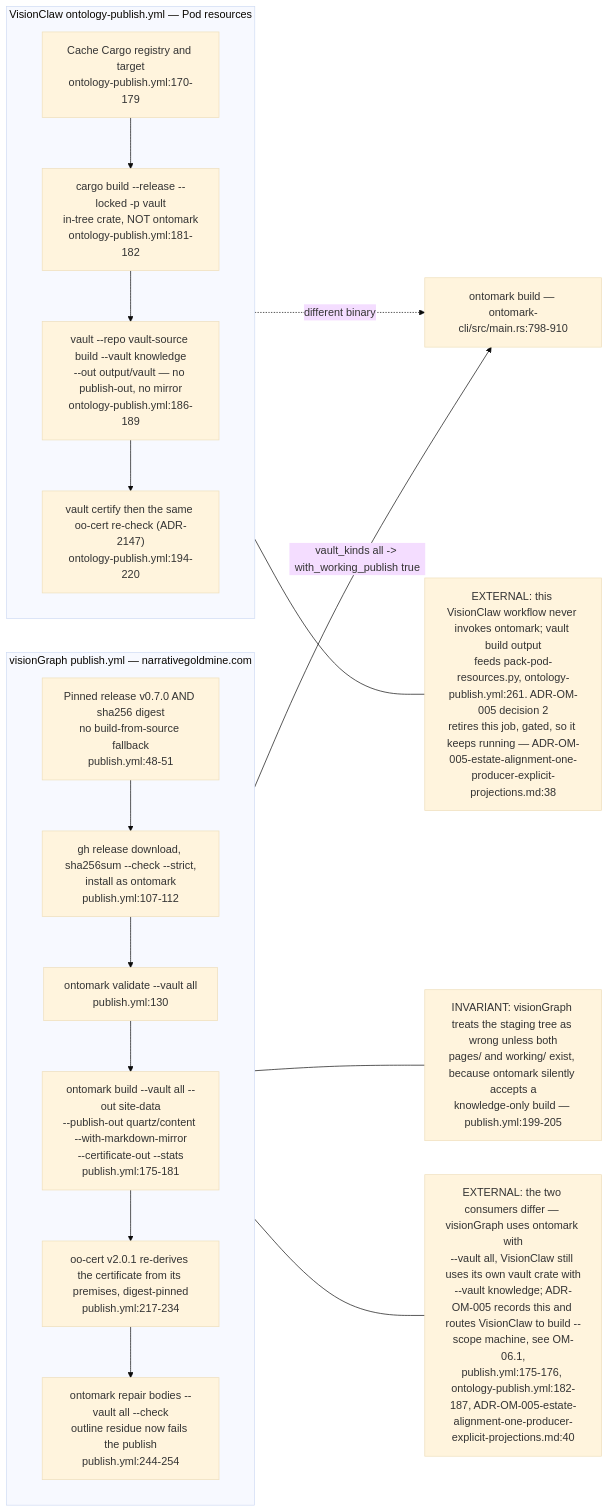
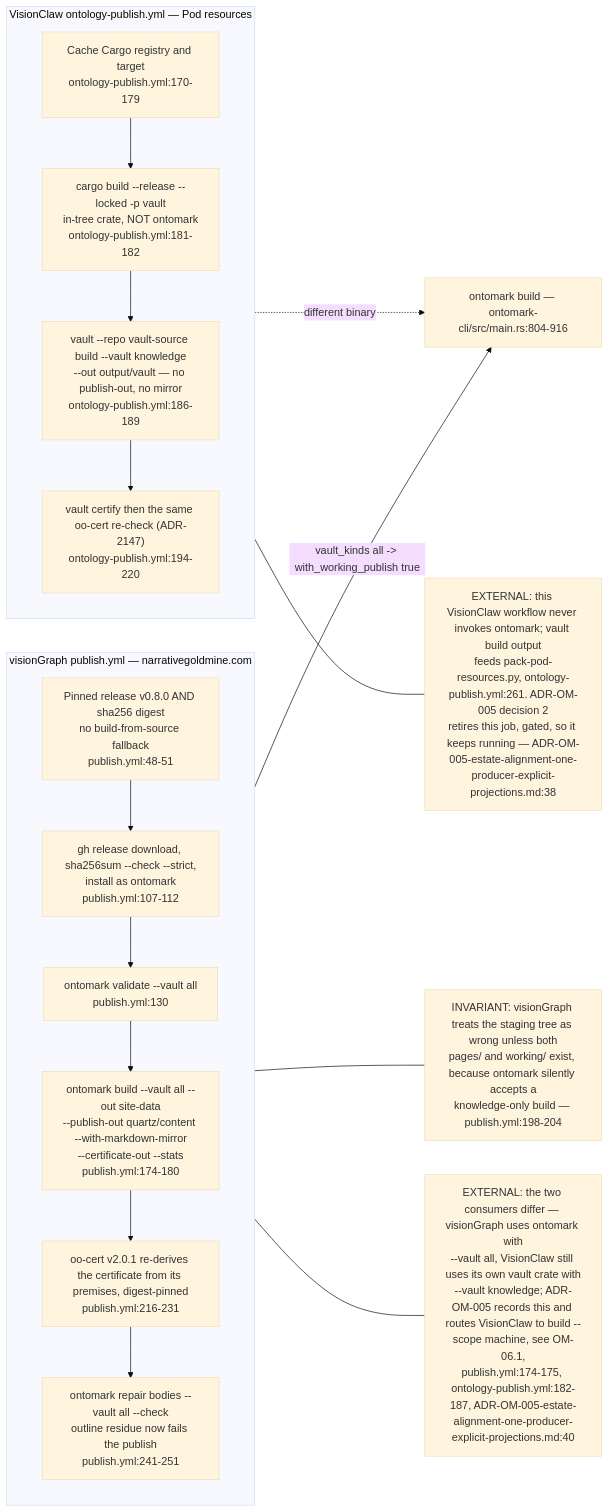
One commit to DreamLab-AI/VisionFlow changed the fifth of 6 diagrams in docs/diagrams/ontomark/05-cli-commands-vault-selector-and-exit-codes.md. Above: the diagram before and after it, drawn with Mermaid (base theme). The commit also changed other lines of this file and 59 other files, not shown here.

First line of the commit message:
docs(diagrams): re-derive and re-stamp forum, website, pod, ontomark and sealmap topics

````diff
--- a/docs/diagrams/ontomark/05-cli-commands-vault-selector-and-exit-codes.md
+++ b/docs/diagrams/ontomark/05-cli-commands-vault-selector-and-exit-codes.md
@@ -203,30 +203,30 @@
 ```mermaid
 flowchart LR
     subgraph VG["visionGraph publish.yml — narrativegoldmine.com"]
         direction TB
-        VGPIN["Pinned release v0.7.0 AND sha256 digest<br/>no build-from-source fallback<br/>publish.yml:48-51"]
+        VGPIN["Pinned release v0.8.0 AND sha256 digest<br/>no build-from-source fallback<br/>publish.yml:48-51"]
         VGFETCH["gh release download, sha256sum --check --strict,<br/>install as ontomark<br/>publish.yml:107-112"]
         VGVAL["ontomark validate --vault all<br/>publish.yml:130"]
-        VGBUILD["ontomark build --vault all --out site-data<br/>--publish-out quartz/content --with-markdown-mirror<br/>--certificate-out --stats<br/>publish.yml:175-181"]
-        VGCERT["oo-cert v2.0.1 re-derives the certificate from its premises, digest-pinned<br/>publish.yml:217-234"]
-        VGREP["ontomark repair bodies --vault all --check<br/>outline residue now fails the publish<br/>publish.yml:244-254"]
+        VGBUILD["ontomark build --vault all --out site-data<br/>--publish-out quartz/content --with-markdown-mirror<br/>--certificate-out --stats<br/>publish.yml:174-180"]
+        VGCERT["oo-cert v2.0.1 re-derives the certificate from its premises, digest-pinned<br/>publish.yml:216-231"]
+        VGREP["ontomark repair bodies --vault all --check<br/>outline residue now fails the publish<br/>publish.yml:241-251"]
         VGPIN --> VGFETCH --> VGVAL --> VGBUILD --> VGCERT --> VGREP
     end
     subgraph VC["VisionClaw ontology-publish.yml — Pod resources"]
         direction TB
         VCCACHE["Cache Cargo registry and target<br/>ontology-publish.yml:170-179"]
         VCBUILD["cargo build --release --locked -p vault<br/>in-tree crate, NOT ontomark<br/>ontology-publish.yml:181-182"]
         VCRUN["vault --repo vault-source build --vault knowledge<br/>--out output/vault — no publish-out, no mirror<br/>ontology-publish.yml:186-189"]
         VCCERT["vault certify then the same oo-cert re-check (ADR-2147)<br/>ontology-publish.yml:194-220"]
         VCCACHE --> VCBUILD --> VCRUN --> VCCERT
     end
-    BIN["ontomark build — ontomark-cli/src/main.rs:798-910"]
+    BIN["ontomark build — ontomark-cli/src/main.rs:804-916"]
     VGBUILD -->|"vault_kinds all -> with_working_publish true"| BIN
     VCRUN -.->|"different binary"| BIN
-    n1["EXTERNAL: the two consumers differ — visionGraph uses ontomark with<br/>--vault all, VisionClaw still uses its own vault crate with<br/>--vault knowledge; ADR-OM-005 records this and routes VisionClaw to build --scope machine, see OM-06.1,<br/>publish.yml:175-176, ontology-publish.yml:182-187, ADR-OM-005-estate-alignment-one-producer-explicit-projections.md:40"]
+    n1["EXTERNAL: the two consumers differ — visionGraph uses ontomark with<br/>--vault all, VisionClaw still uses its own vault crate with<br/>--vault knowledge; ADR-OM-005 records this and routes VisionClaw to build --scope machine, see OM-06.1,<br/>publish.yml:174-175, ontology-publish.yml:182-187, ADR-OM-005-estate-alignment-one-producer-explicit-projections.md:40"]
     n2["EXTERNAL: this VisionClaw workflow never invokes ontomark; vault build output<br/>feeds pack-pod-resources.py, ontology-publish.yml:261. ADR-OM-005 decision 2<br/>retires this job, gated, so it keeps running — ADR-OM-005-estate-alignment-one-producer-explicit-projections.md:38"]
-    n3["INVARIANT: visionGraph treats the staging tree as wrong unless both<br/>pages/ and working/ exist, because ontomark silently accepts a<br/>knowledge-only build — publish.yml:199-205"]
+    n3["INVARIANT: visionGraph treats the staging tree as wrong unless both<br/>pages/ and working/ exist, because ontomark silently accepts a<br/>knowledge-only build — publish.yml:198-204"]
     VG --- n1
     VC --- n2
     VGBUILD --- n3
 ```
````
